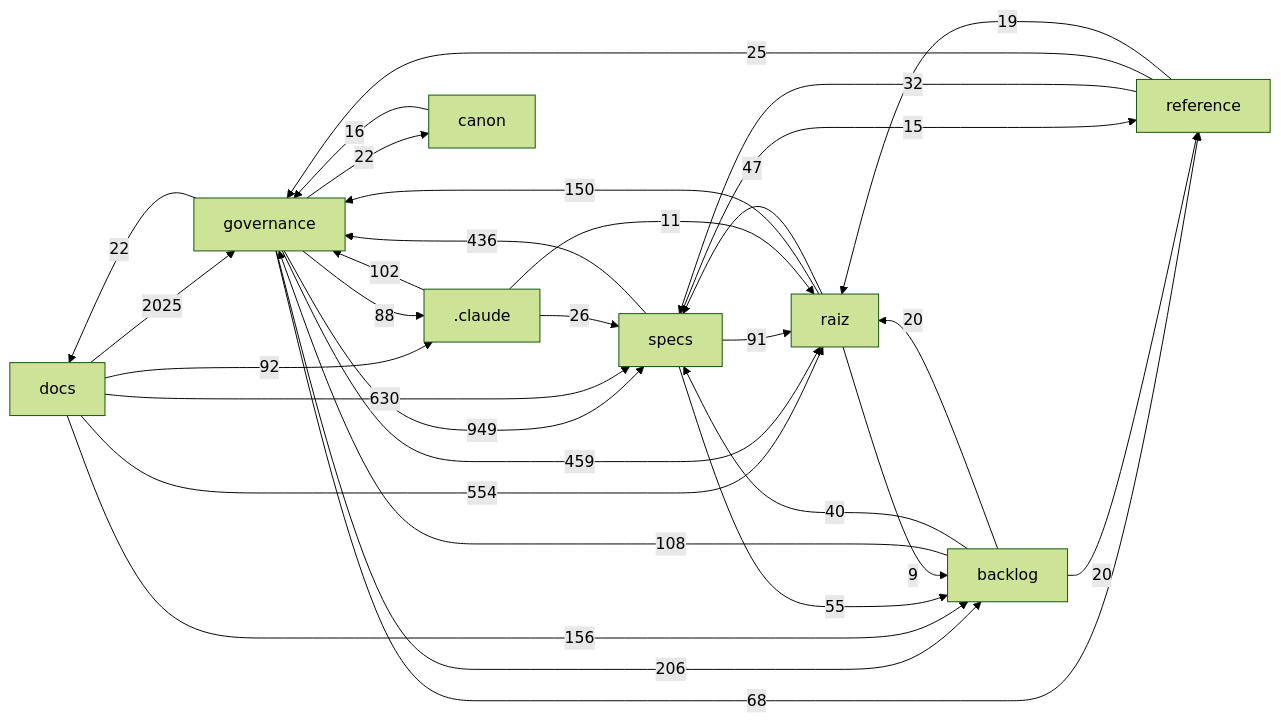
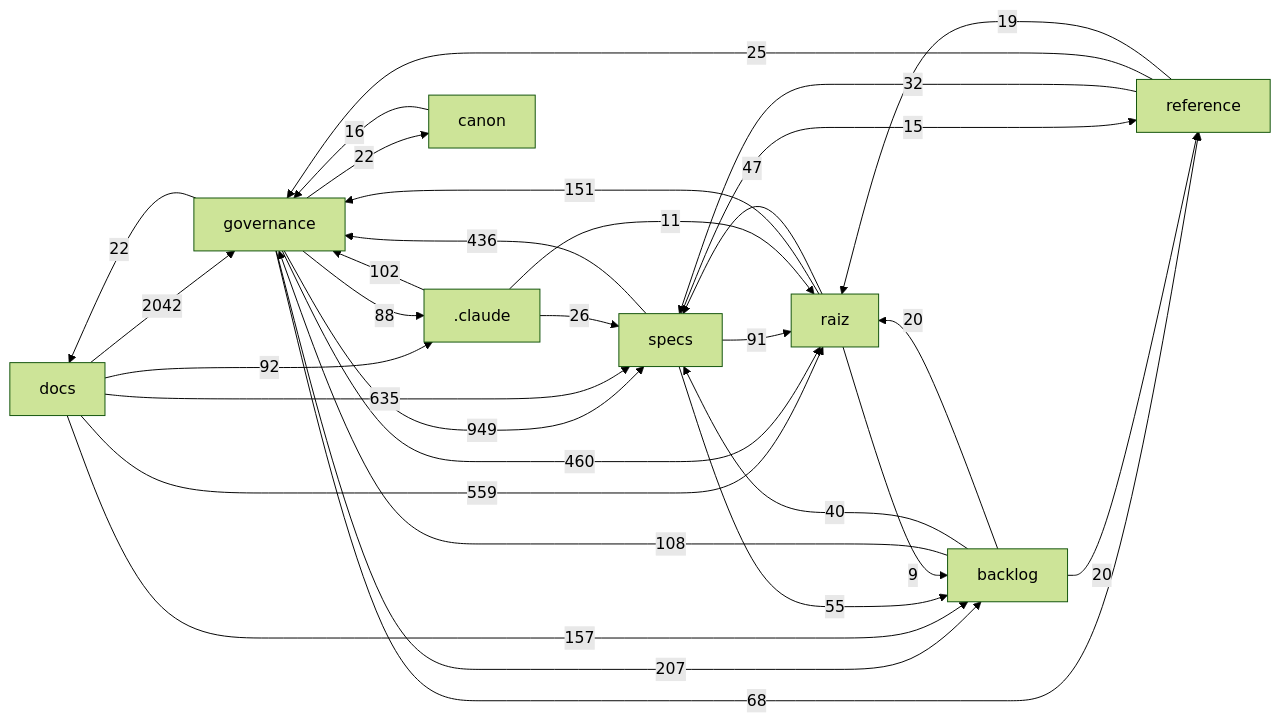
Before and after one commit to Andraus35/Sistema-Operacional-de-Trading--SOT: the diagram in docs/mapa/MAPA-PROJETO.md, drawn with Mermaid (forest theme). The commit also changed other lines of this file and 6 other files, not shown here.

````diff
--- a/docs/mapa/MAPA-PROJETO.md
+++ b/docs/mapa/MAPA-PROJETO.md
@@ -29,33 +29,33 @@
 ```mermaid
 flowchart LR
-  docs["docs"] -->|2025| governance["governance"]
+  docs["docs"] -->|2042| governance["governance"]
   governance["governance"] -->|949| specs["specs"]
-  docs["docs"] -->|630| specs["specs"]
-  docs["docs"] -->|554| raiz["raiz"]
-  governance["governance"] -->|459| raiz["raiz"]
+  docs["docs"] -->|635| specs["specs"]
+  docs["docs"] -->|559| raiz["raiz"]
+  governance["governance"] -->|460| raiz["raiz"]
   specs["specs"] -->|436| governance["governance"]
-  governance["governance"] -->|206| backlog["backlog"]
-  docs["docs"] -->|156| backlog["backlog"]
-  raiz["raiz"] -->|150| governance["governance"]
+  governance["governance"] -->|207| backlog["backlog"]
+  docs["docs"] -->|157| backlog["backlog"]
+  raiz["raiz"] -->|151| governance["governance"]
   backlog["backlog"] -->|108| governance["governance"]
   _claude[".claude"] -->|102| governance["governance"]
   docs["docs"] -->|92| _claude[".claude"]
   specs["specs"] -->|91| raiz["raiz"]
   governance["governance"] -->|88| _claude[".claude"]
   governance["governance"] -->|68| reference["reference"]
   specs["specs"] -->|55| backlog["backlog"]
   raiz["raiz"] -->|47| specs["specs"]
   backlog["backlog"] -->|40| specs["specs"]
   reference["reference"] -->|32| specs["specs"]
   _claude[".claude"] -->|26| specs["specs"]
   reference["reference"] -->|25| governance["governance"]
   governance["governance"] -->|22| docs["docs"]
   governance["governance"] -->|22| canon["canon"]
   backlog["backlog"] -->|20| raiz["raiz"]
   backlog["backlog"] -->|20| reference["reference"]
   reference["reference"] -->|19| raiz["raiz"]
   canon["canon"] -->|16| governance["governance"]
   specs["specs"] -->|15| reference["reference"]
   _claude[".claude"] -->|11| raiz["raiz"]
   raiz["raiz"] -->|9| backlog["backlog"]
 ```
````
